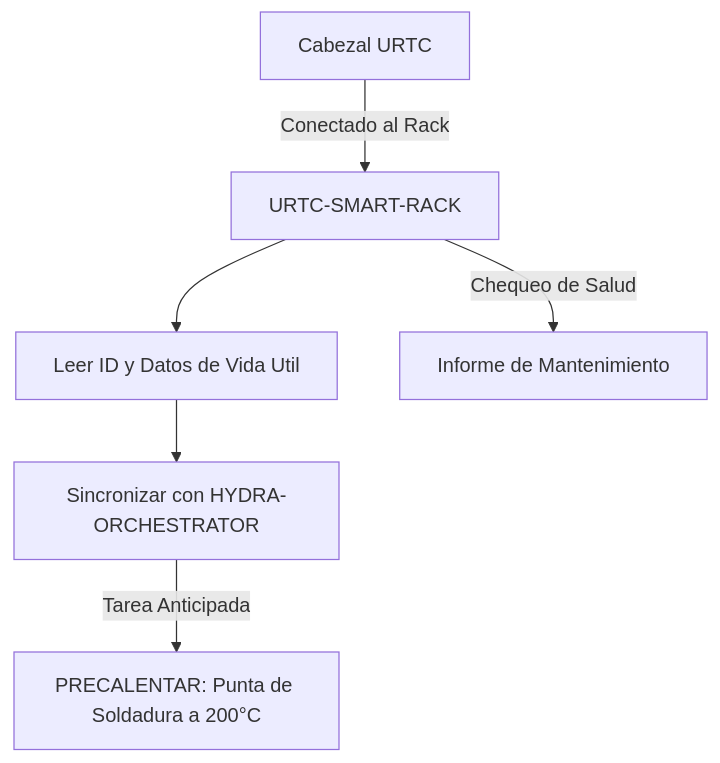
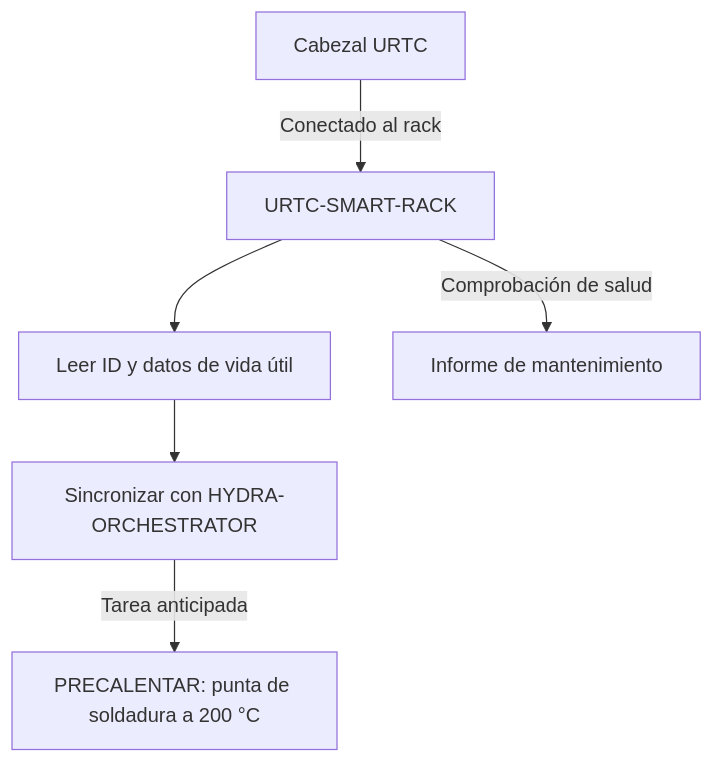
One commit to JuanenRac/URTC-SMART-RACK changed the diagram in README_spa.md. Above: the diagram before and after it, drawn with Mermaid. The commit also changed other lines of this file and 4 other files, not shown here.

````diff
--- a/README_spa.md
+++ b/README_spa.md
@@ -90,8 +90,8 @@
 ```mermaid
 flowchart TB
-    TOOL["Cabezal URTC"] -- Conectado al Rack --> RACK["URTC-SMART-RACK"]
-    RACK --> IDENT["Leer ID y Datos de Vida Util"]
+    TOOL["Cabezal URTC"] -- Conectado al rack --> RACK["URTC-SMART-RACK"]
+    RACK --> IDENT["Leer ID y datos de vida útil"]
     IDENT --> SYNC["Sincronizar con HYDRA-ORCHESTRATOR"]
-    SYNC -- Tarea Anticipada --> HEAT["PRECALENTAR: Punta de Soldadura a 200°C"]
-    RACK -- Chequeo de Salud --> LOG["Informe de Mantenimiento"]
+    SYNC -- Tarea anticipada --> HEAT["PRECALENTAR: punta de soldadura a 200 °C"]
+    RACK -- Comprobación de salud --> LOG["Informe de mantenimiento"]
 ```
````
